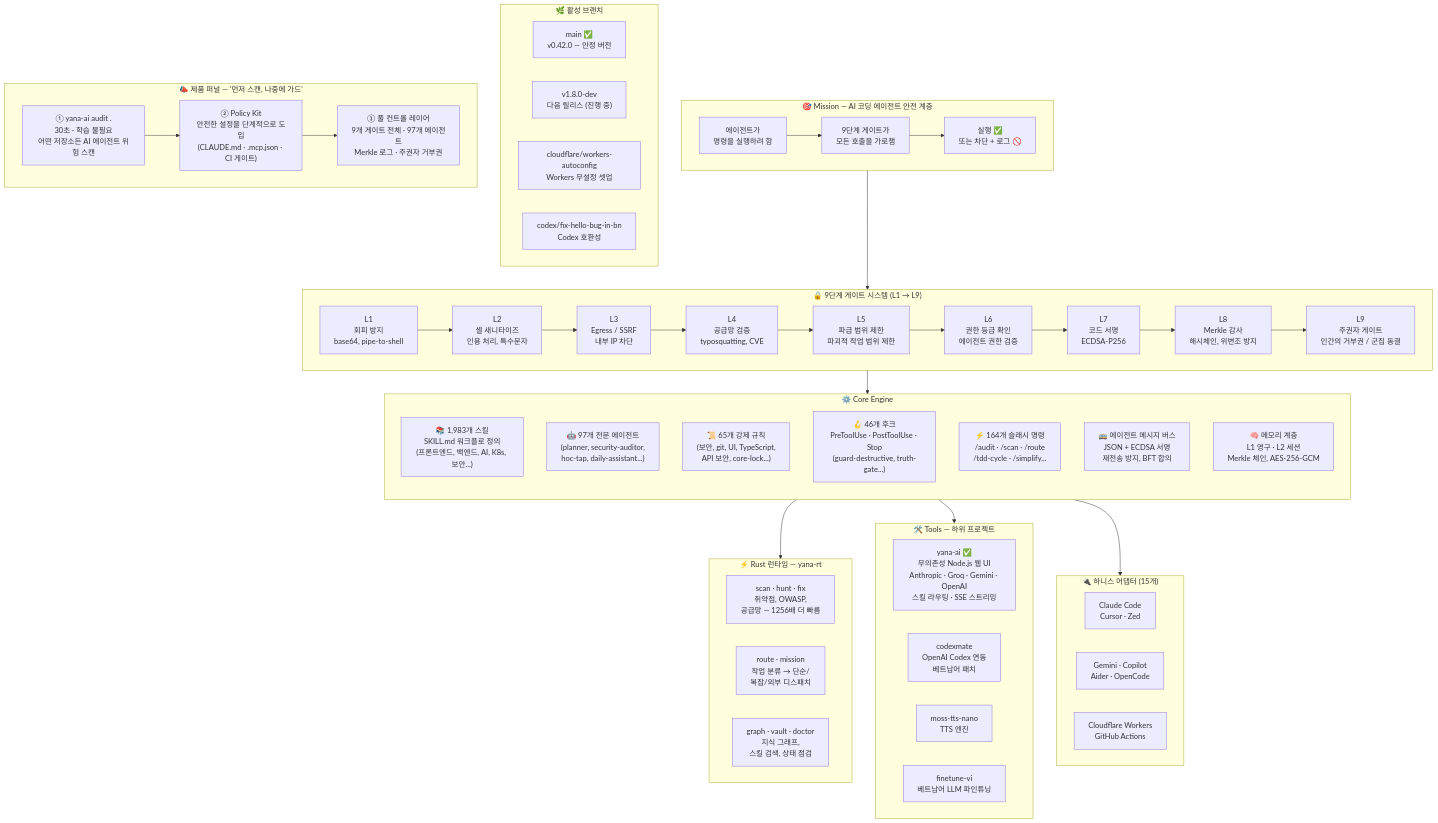
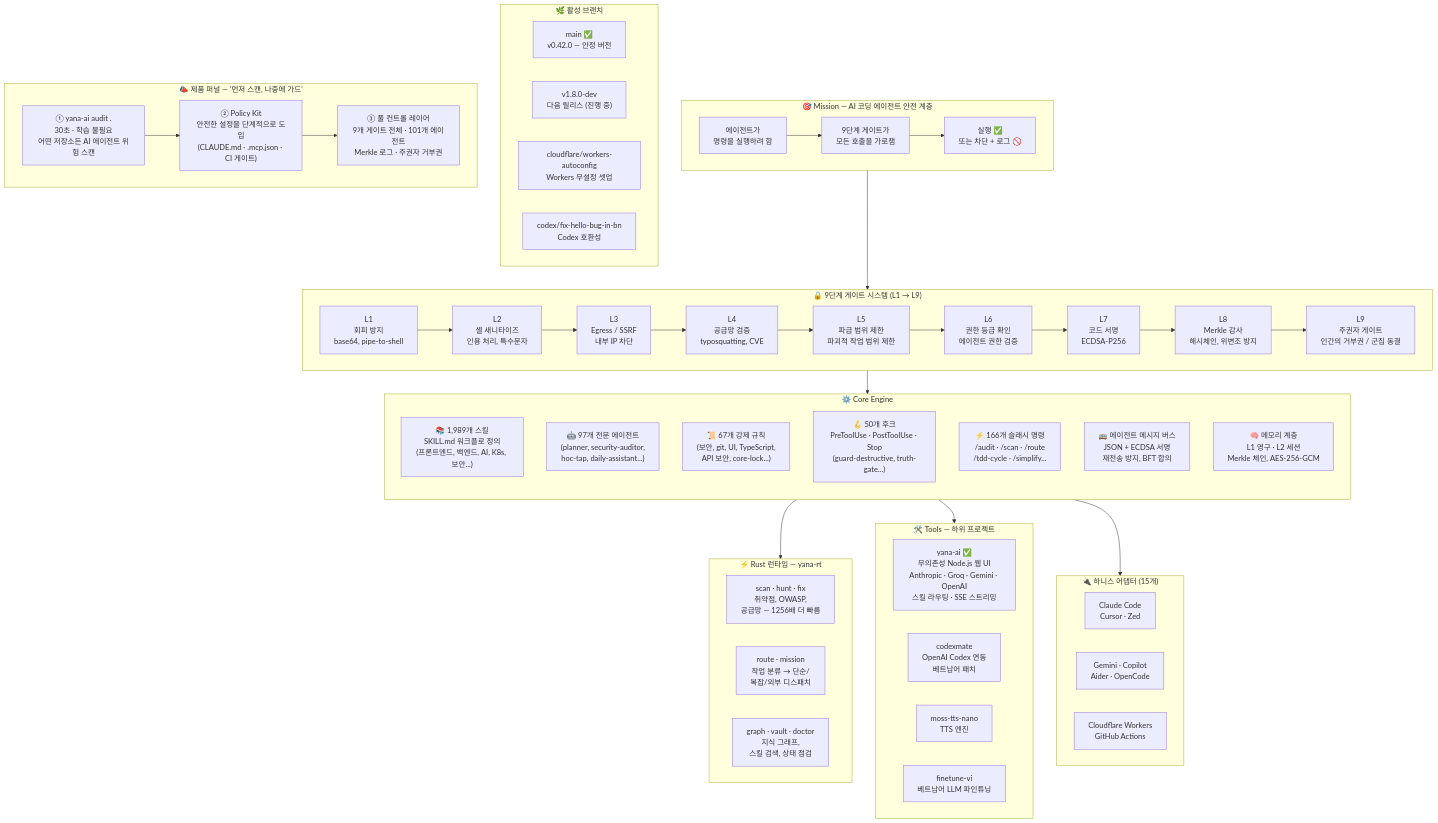
Before and after one commit to yanacuti1121/Yana-AI: the diagram in README.ko.md, drawn with Mermaid. The commit also changed other lines of this file and 23 other files, not shown here.

```diff
--- a/README.ko.md
+++ b/README.ko.md
@@ -142,11 +144,11 @@
     %% ── Core engine ──────────────────────────────────────────────────────
     subgraph CORE["⚙️ Core Engine"]
         direction TB
-        SKILLS["📚 1,983개 스킬\nSKILL.md 워크플로 정의\n(프론트엔드, 백엔드, AI, K8s, 보안...)"]
+        SKILLS["📚 1,989개 스킬\nSKILL.md 워크플로 정의\n(프론트엔드, 백엔드, AI, K8s, 보안...)"]
         AGENTS["🤖 97개 전문 에이전트\n(planner, security-auditor,\nhoc-tap, daily-assistant...)"]
-        RULES["📜 65개 강제 규칙\n(보안, git, UI, TypeScript,\nAPI 보안, core-lock...)"]
-        HOOKS["🪝 46개 후크\nPreToolUse · PostToolUse · Stop\n(guard-destructive, truth-gate...)"]
-        CMDS["⚡ 164개 슬래시 명령\n/audit · /scan · /route\n/tdd-cycle · /simplify..."]
+        RULES["📜 67개 강제 규칙\n(보안, git, UI, TypeScript,\nAPI 보안, core-lock...)"]
+        HOOKS["🪝 50개 후크\nPreToolUse · PostToolUse · Stop\n(guard-destructive, truth-gate...)"]
+        CMDS["⚡ 166개 슬래시 명령\n/audit · /scan · /route\n/tdd-cycle · /simplify..."]
         BUS["🚌 에이전트 메시지 버스\nJSON + ECDSA 서명\n재전송 방지, BFT 합의"]
         MEM["🧠 메모리 계층\nL1 영구 · L2 세션\nMerkle 체인, AES-256-GCM"]
     end
@@ -190,7 +192,7 @@
         direction LR
         F1["① yana-ai audit .\n30초 · 학습 불필요\n어떤 저장소든 AI 에이전트 위험 스캔"]
         F2["② Policy Kit\n안전한 설정을 단계적으로 도입\n(CLAUDE.md · .mcp.json · CI 게이트)"]
-        F3["③ 풀 컨트롤 레이어\n9개 게이트 전체 · 97개 에이전트\nMerkle 로그 · 주권자 거부권"]
+        F3["③ 풀 컨트롤 레이어\n9개 게이트 전체 · 101개 에이전트\nMerkle 로그 · 주권자 거부권"]
         F1 --> F2 --> F3
     end
 
```
